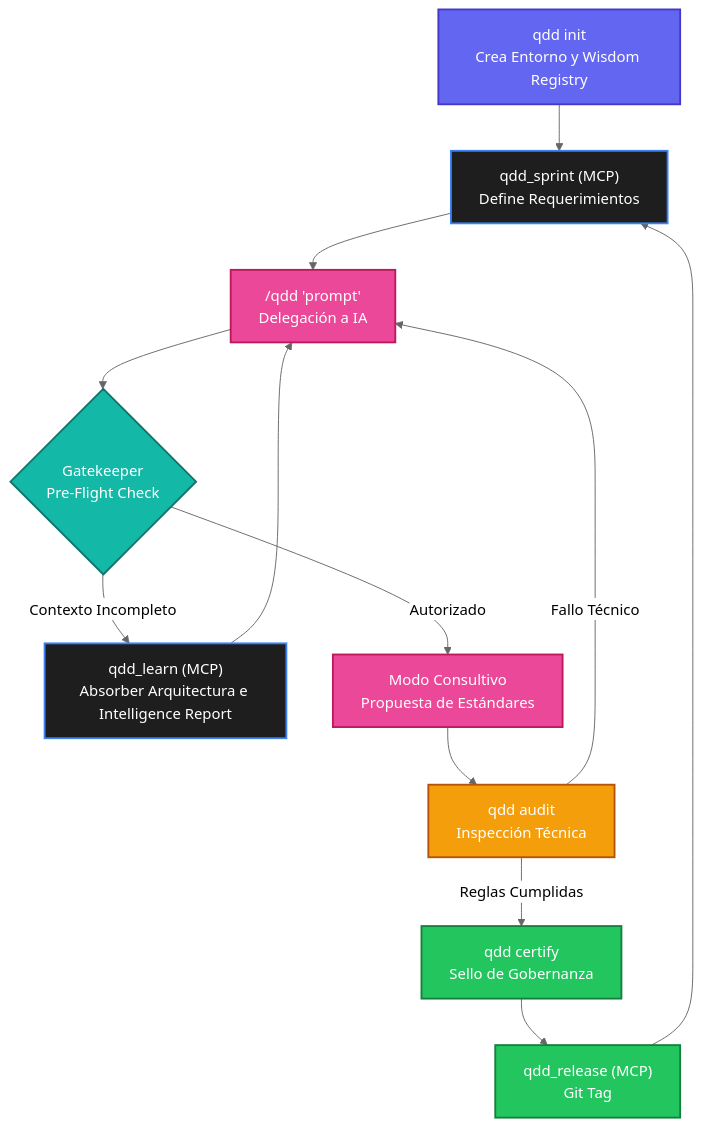
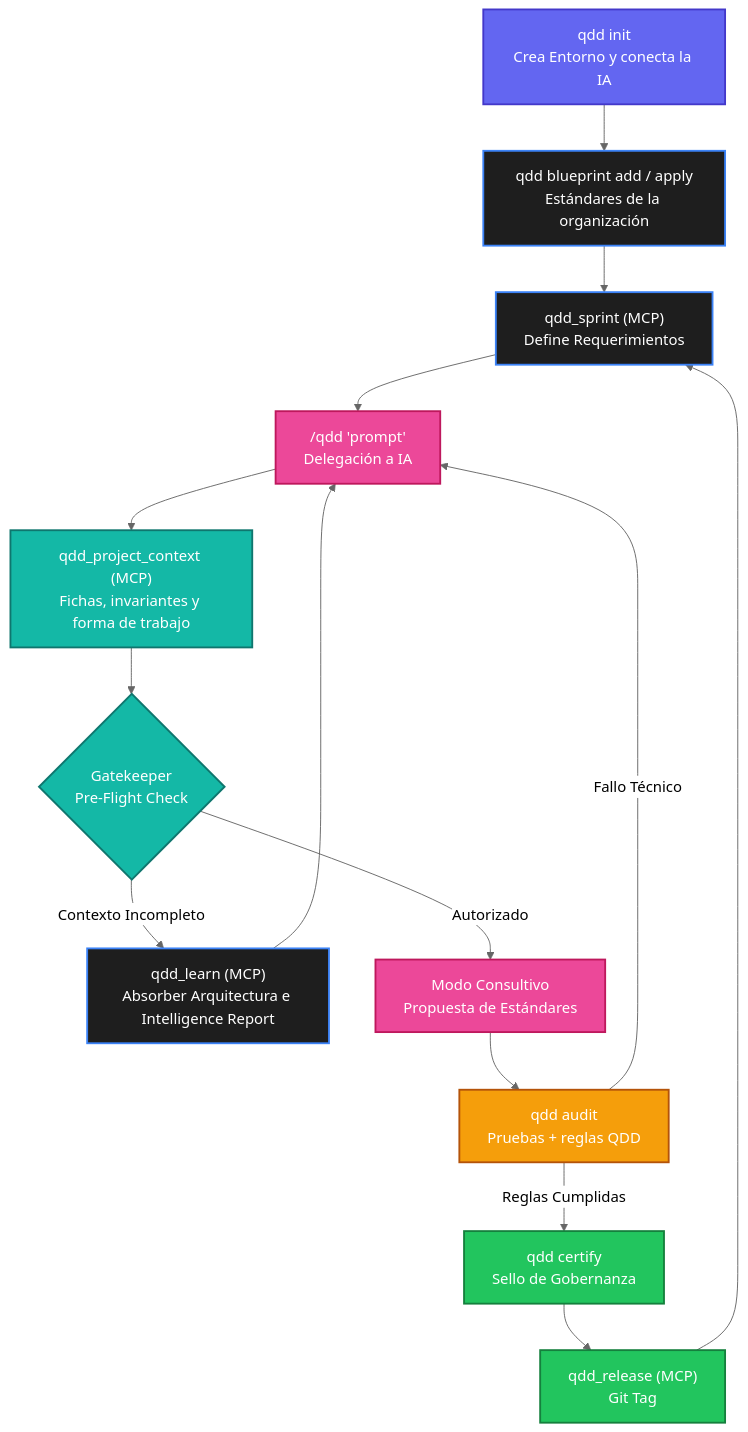
One commit to trdago/qdd-framework changed the diagram in docs/command-reference.md. Above: the diagram before and after it, drawn with Mermaid (neutral theme). The commit also changed other lines of this file and 10 other files, not shown here.

````diff
--- a/docs/command-reference.md
+++ b/docs/command-reference.md
@@ -11,34 +11,38 @@
 ```mermaid
 graph TD
     %% Estilos Globales
     classDef default fill:#1e1e1e,stroke:#3b82f6,stroke-width:2px,color:#fff;
     classDef init fill:#6366f1,stroke:#4338ca,stroke-width:2px,color:#fff;
     classDef agent fill:#ec4899,stroke:#be185d,stroke-width:2px,color:#fff;
     classDef gatekeeper fill:#14b8a6,stroke:#0f766e,stroke-width:2px,color:#fff;
     classDef success fill:#22c55e,stroke:#15803d,stroke-width:2px,color:#fff;
     classDef warning fill:#f59e0b,stroke:#b45309,stroke-width:2px,color:#fff;
 
     %% Nodos
-    A["qdd init<br/>Crea Entorno y Wisdom Registry"]:::init
+    A["qdd init<br/>Crea Entorno y conecta la IA"]:::init
+    BP["qdd blueprint add / apply<br/>Estándares de la organización"]:::default
     B["qdd_sprint (MCP)<br/>Define Requerimientos"]:::default
     C["/qdd 'prompt'<br/>Delegación a IA"]:::agent
+    PC["qdd_project_context (MCP)<br/>Fichas, invariantes y forma de trabajo"]:::gatekeeper
     D{"Gatekeeper<br/>Pre-Flight Check"}:::gatekeeper
     E["qdd_learn (MCP)<br/>Absorber Arquitectura e Intelligence Report"]:::default
     F["Modo Consultivo<br/>Propuesta de Estándares"]:::agent
-    G["qdd audit<br/>Inspección Técnica"]:::warning
+    G["qdd audit<br/>Pruebas + reglas QDD"]:::warning
     H["qdd certify<br/>Sello de Gobernanza"]:::success
     I["qdd_release (MCP)<br/>Git Tag"]:::success
 
     %% Conexiones
-    A --> B
+    A --> BP
+    BP --> B
     B --> C
-    C --> D
+    C --> PC
+    PC --> D
     D -- Contexto Incompleto --> E
     E --> C
     D -- Autorizado --> F
     F --> G
     G -- Fallo Técnico --> C
     G -- Reglas Cumplidas --> H
     H --> I
     I --> B
 ```
````
